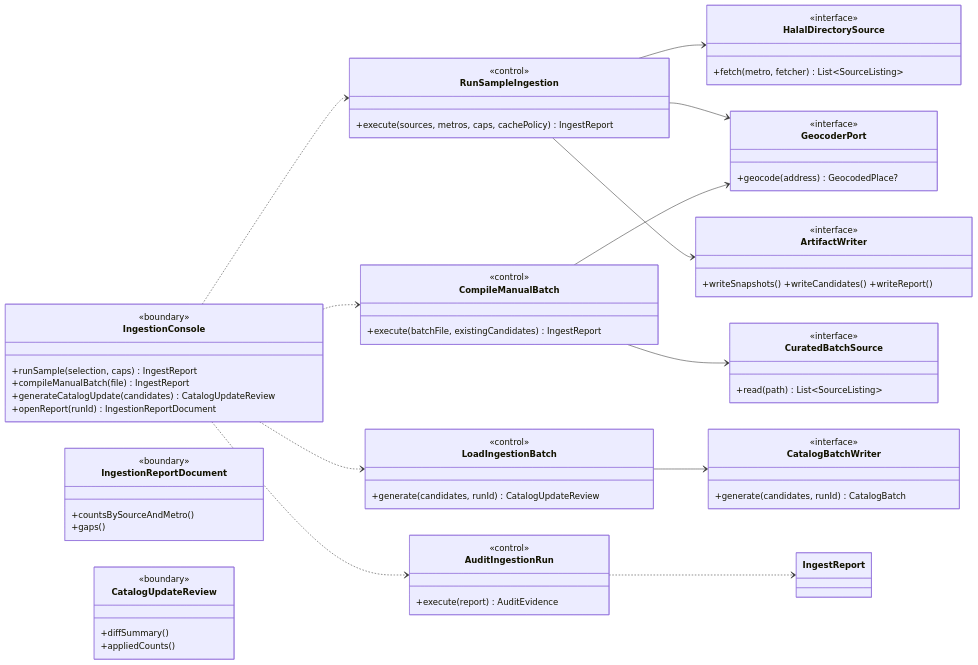
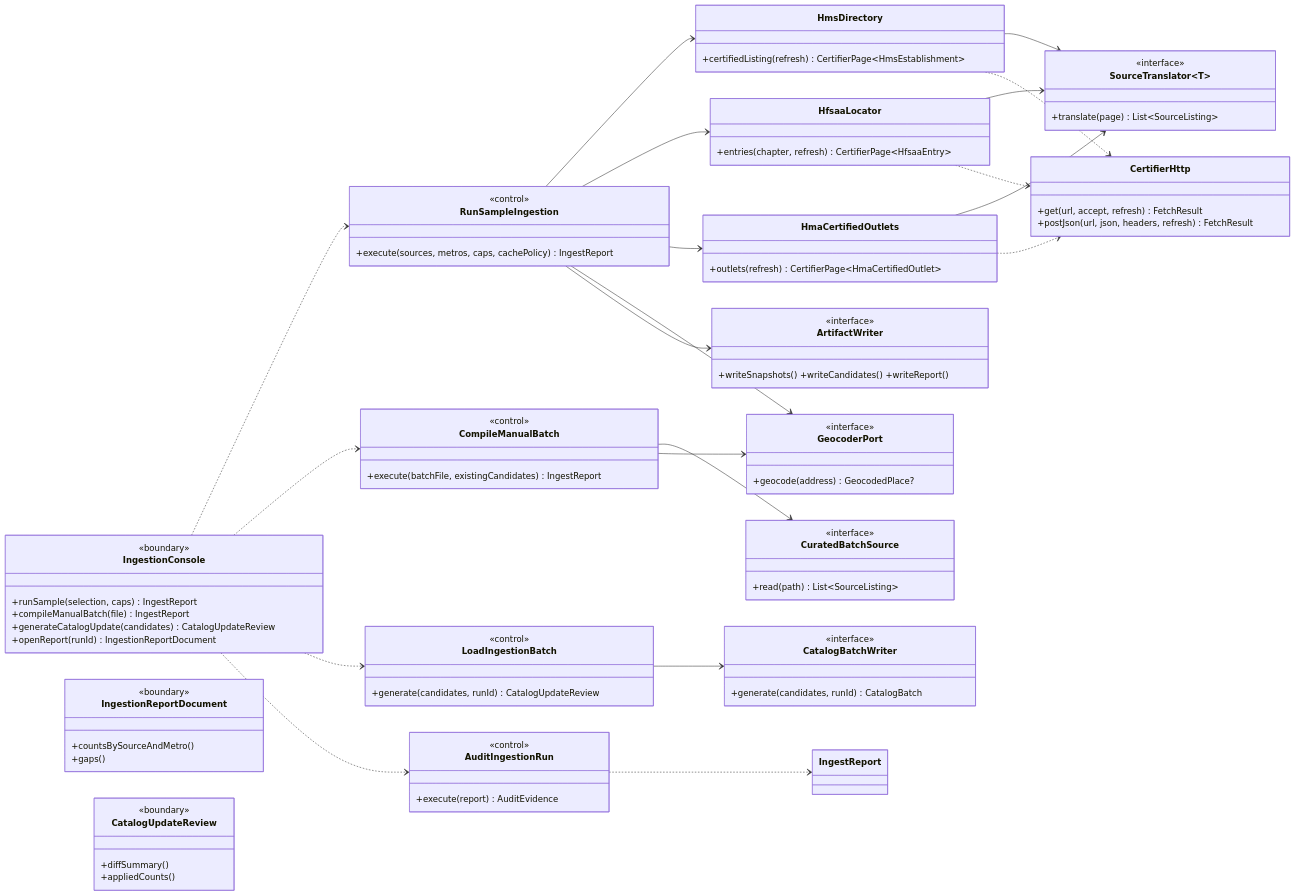
Before and after one commit to Losers-Lab/tahirs-list: the third of 3 diagrams in docs/features/SC-211/05-class-diagram-system.md, drawn with Mermaid. The commit also changed other lines of this file and 16 other files, not shown here.

```diff
--- a/docs/features/SC-211/05-class-diagram-system.md
+++ b/docs/features/SC-211/05-class-diagram-system.md
@@ -85,9 +104,22 @@
     <<control>>
     +execute(report) AuditEvidence
   }
-  class HalalDirectorySource {
+  class SourceTranslator~T~ {
     <<interface>>
-    +fetch(metro, fetcher) List~SourceListing~
+    +translate(page) List~SourceListing~
+  }
+  class HmsDirectory {
+    +certifiedListing(refresh) CertifierPage~HmsEstablishment~
+  }
+  class HfsaaLocator {
+    +entries(chapter, refresh) CertifierPage~HfsaaEntry~
+  }
+  class HmaCertifiedOutlets {
+    +outlets(refresh) CertifierPage~HmaCertifiedOutlet~
+  }
+  class CertifierHttp {
+    +get(url, accept, refresh) FetchResult
+    +postJson(url, json, headers, refresh) FetchResult
   }
   class CuratedBatchSource {
     <<interface>>
@@ -110,9 +142,17 @@
   IngestionConsole ..> CompileManualBatch
   IngestionConsole ..> LoadIngestionBatch
   IngestionConsole ..> AuditIngestionRun
-  RunSampleIngestion --> HalalDirectorySource
+  RunSampleIngestion --> HmsDirectory
+  RunSampleIngestion --> HfsaaLocator
+  RunSampleIngestion --> HmaCertifiedOutlets
   RunSampleIngestion --> GeocoderPort
   RunSampleIngestion --> ArtifactWriter
+  HmsDirectory --> SourceTranslator
+  HfsaaLocator --> SourceTranslator
+  HmaCertifiedOutlets --> SourceTranslator
+  HmsDirectory ..> CertifierHttp
+  HfsaaLocator ..> CertifierHttp
+  HmaCertifiedOutlets ..> CertifierHttp
   CompileManualBatch --> CuratedBatchSource
   CompileManualBatch --> GeocoderPort
   LoadIngestionBatch --> CatalogBatchWriter
```
